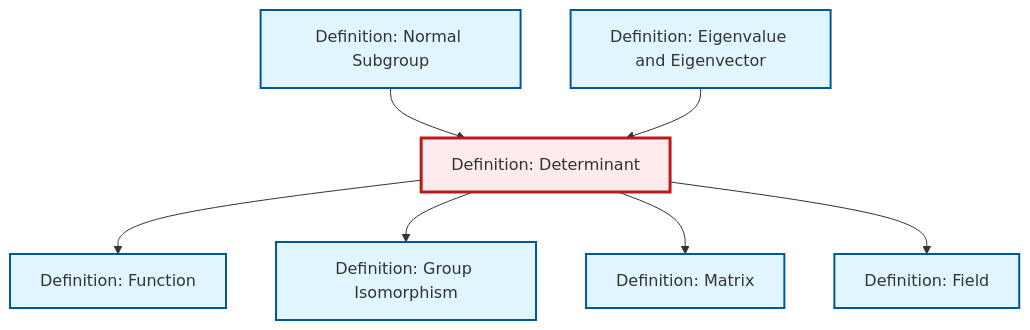
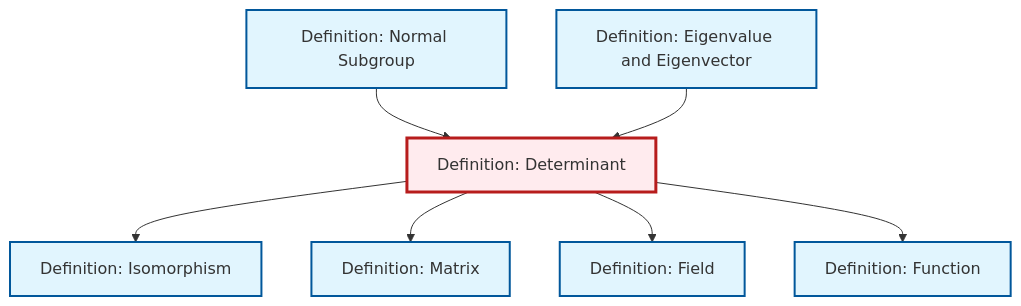
One commit to RK0429/ModernMath changed the diagram in content/en/algebra/def-determinant.qmd. Above: the diagram before and after it, drawn with Mermaid. The commit also changed 1069 other files, not shown here.

````diff
--- a/content/en/algebra/def-determinant.qmd
+++ b/content/en/algebra/def-determinant.qmd
@@ -81,29 +81,29 @@
 ```{mermaid}
 %%| fig-cap: "Local dependency graph"
 graph TD
     classDef definition fill:#e1f5fe,stroke:#01579b,stroke-width:2px
     classDef theorem fill:#f3e5f5,stroke:#4a148c,stroke-width:2px
     classDef axiom fill:#fff3e0,stroke:#e65100,stroke-width:2px
     classDef example fill:#e8f5e9,stroke:#1b5e20,stroke-width:2px
     classDef current fill:#ffebee,stroke:#b71c1c,stroke-width:3px
-    def-isomorphism["Definition: Group Isomorphism"]:::definition
+    def-determinant["Definition: Determinant"]:::definition
+    def-function["Definition: Function"]:::definition
+    def-eigenvalue-eigenvector["Definition: Eigenvalue and Eigenvector"]:::definition
+    def-normal-subgroup["Definition: Normal Subgroup"]:::definition
     def-field["Definition: Field"]:::definition
-    def-determinant["Definition: Determinant"]:::definition
+    def-isomorphism["Definition: Isomorphism"]:::definition
     def-matrix["Definition: Matrix"]:::definition
-    def-eigenvalue-eigenvector["Definition: Eigenvalue and Eigenvector"]:::definition
-    def-function["Definition: Function"]:::definition
-    def-normal-subgroup["Definition: Normal Subgroup"]:::definition
-    def-determinant --> def-function
-    def-normal-subgroup --> def-determinant
-    def-eigenvalue-eigenvector --> def-determinant
     def-determinant --> def-isomorphism
     def-determinant --> def-matrix
+    def-normal-subgroup --> def-determinant
     def-determinant --> def-field
+    def-determinant --> def-function
+    def-eigenvalue-eigenvector --> def-determinant
     class def-determinant current
-    click def-isomorphism "def-isomorphism.html" "Go to Group Isomorphism definition"
+    click def-function "def-function.html" "Go to Function definition"
+    click def-eigenvalue-eigenvector "def-eigenvalue-eigenvector.html" "Go to Eigenvalue and Eigenvector definition"
+    click def-normal-subgroup "def-normal-subgroup.html" "Go to Normal Subgroup definition"
     click def-field "def-field.html" "Go to Field definition"
+    click def-isomorphism "def-isomorphism.html" "Go to Isomorphism definition"
     click def-matrix "def-matrix.html" "Go to Matrix definition"
-    click def-eigenvalue-eigenvector "def-eigenvalue-eigenvector.html" "Go to Eigenvalue and Eigenvector definition"
-    click def-function "def-function.html" "Go to Function definition"
-    click def-normal-subgroup "def-normal-subgroup.html" "Go to Normal Subgroup definition"
 ```
````
